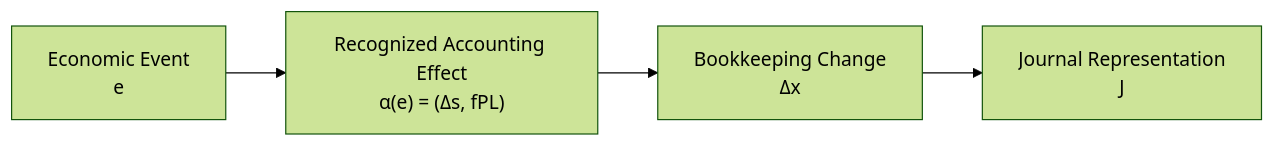
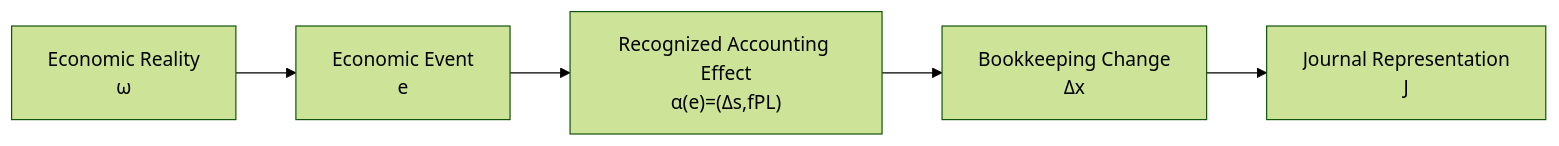
One commit to niikei/accounting-state-model changed the second of 2 diagrams in theory/01-reality-and-recognition.md. Above: the diagram before and after it, drawn with Mermaid (forest theme). The commit also changed other lines of this file and 8 other files, not shown here.

````diff
--- a/theory/01-reality-and-recognition.md
+++ b/theory/01-reality-and-recognition.md
@@ -274,12 +676,14 @@
 ```mermaid
 flowchart LR
+    W["Economic Reality<br/>ω"]
+
     E["Economic Event<br/>e"]
 
-    A["Recognized Accounting Effect<br/>α(e) = (Δs, fPL)"]
+    A["Recognized Accounting Effect<br/>α(e)=(Δs,fPL)"]
 
     X["Bookkeeping Change<br/>Δx"]
 
     J["Journal Representation<br/>J"]
 
-    E --> A --> X --> J
+    W --> E --> A --> X --> J
 ```
````
